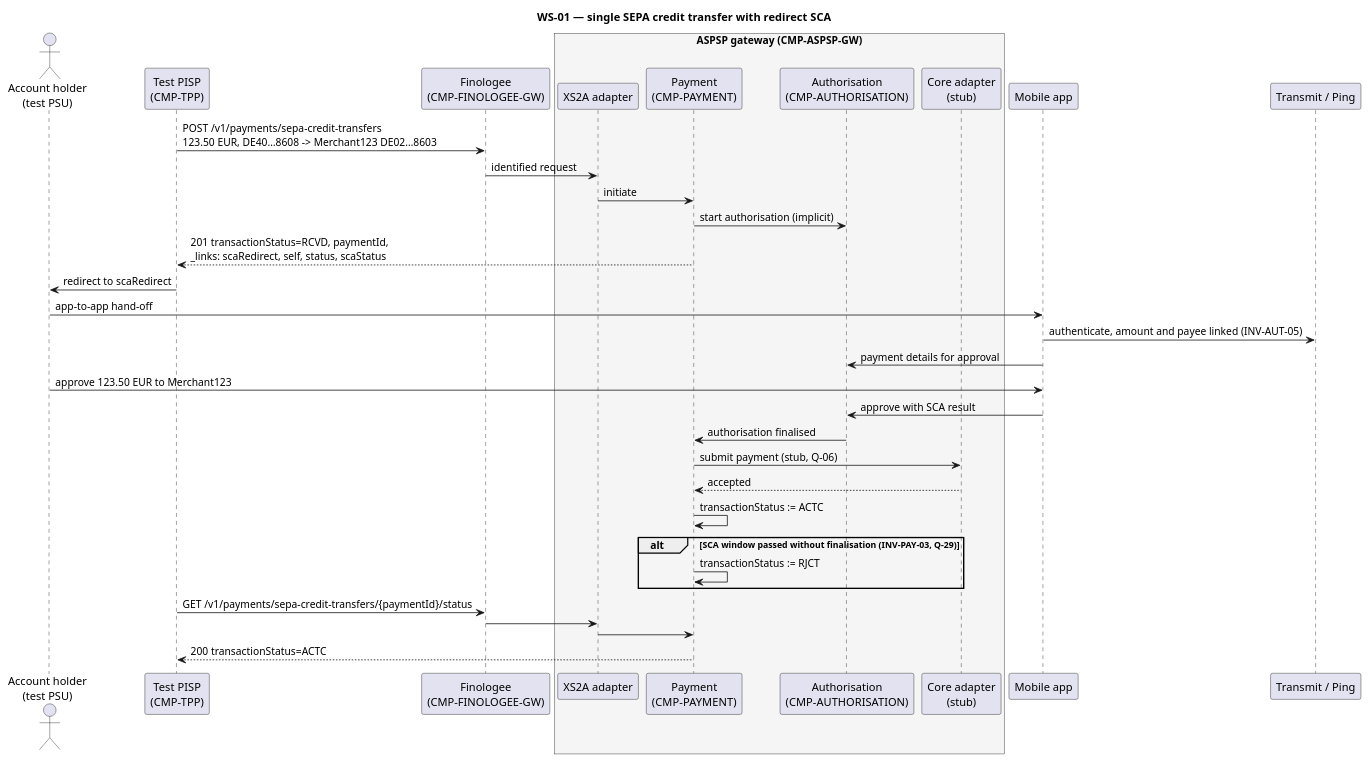
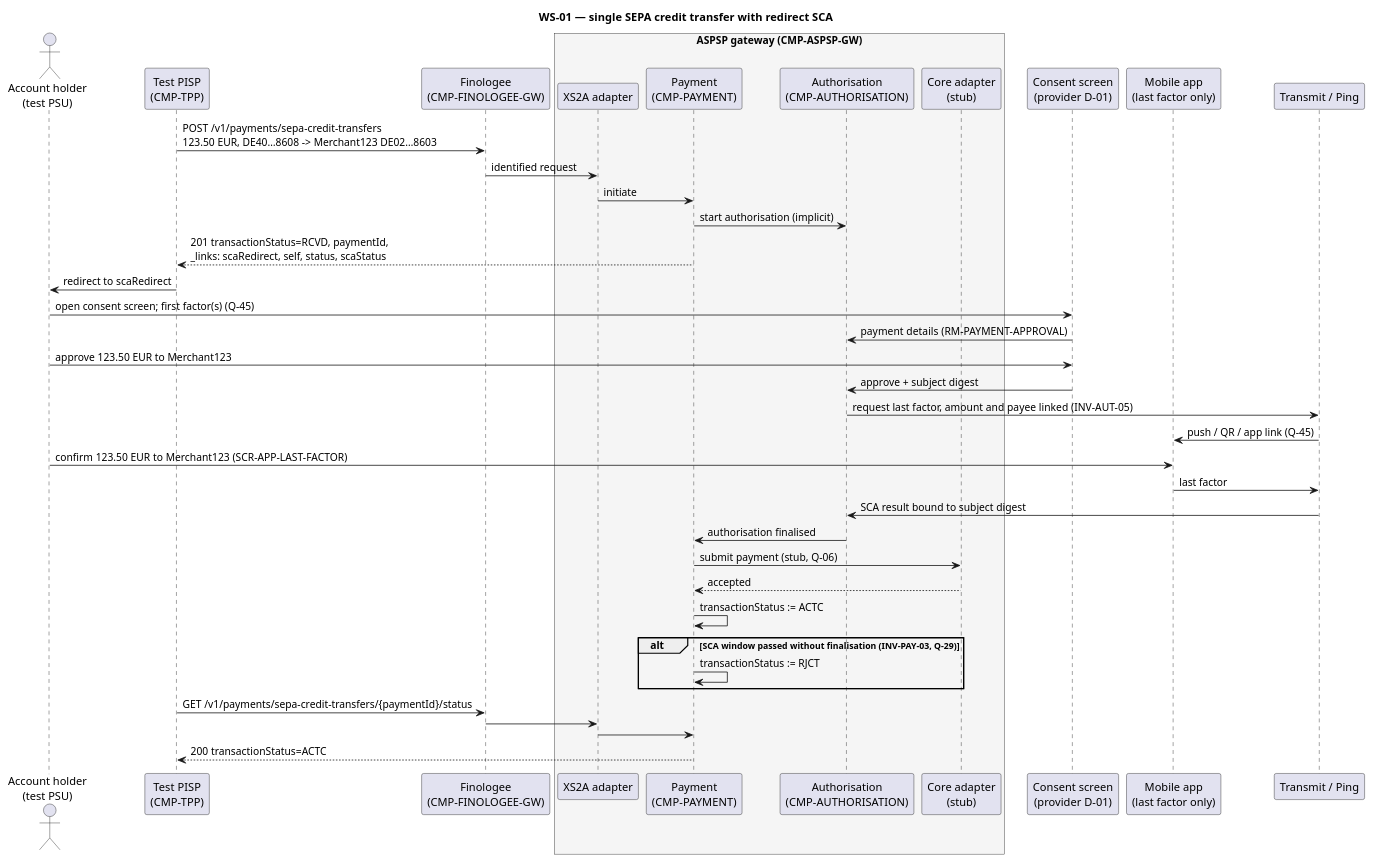
Before and after one commit to vondacho/psd2-sandbox: the diagram in docs/system/uml/sequence/ws-01-pis-sct-redirect.puml, drawn with PlantUML. The commit also changed 32 other files, not shown here.

First line of the commit message:
Realign proposal with ADR revision: consent screen, app as last factor

```diff
--- a/docs/system/uml/sequence/ws-01-pis-sct-redirect.puml
+++ b/docs/system/uml/sequence/ws-01-pis-sct-redirect.puml
@@ -1,44 +1,51 @@
 @startuml ws-01-pis-sct-redirect
 ' WS-01 walking-skeleton path, PIS part; reused unchanged by MVP-01. PROPOSAL, AI, 2026-09-19.
 ' Stories: STORY-PIS-INITIATE-SCT, STORY-PIS-SCA-REDIRECT-APP, STORY-PIS-STATUS.
 ' Redirect, implicit start (SRC-IG §5.1.3). VoP not shown (Q-16).
+' Iteration 3 (SRC-ADR 87c72b8): payment approval assumed on the consent screen (Q-46); the mobile
+' app carries only the last factor and shows amount and payee (dynamic linking, Q-46).
 title WS-01 — single SEPA credit transfer with redirect SCA
 
 actor "Account holder\n(test PSU)" as PSU
 participant "Test PISP\n(CMP-TPP)" as TPP
 participant "Finologee\n(CMP-FINOLOGEE-GW)" as FIN
 box "ASPSP gateway (CMP-ASPSP-GW)" #F5F5F5
   participant "XS2A adapter" as ADP
   participant "Payment\n(CMP-PAYMENT)" as PAY
   participant "Authorisation\n(CMP-AUTHORISATION)" as AUT
   participant "Core adapter\n(stub)" as CORE
 end box
-participant "Mobile app" as APP
+participant "Consent screen\n(provider D-01)" as CS
+participant "Mobile app\n(last factor only)" as APP
 participant "Transmit / Ping" as IAM
 
 TPP -> FIN : POST /v1/payments/sepa-credit-transfers\n123.50 EUR, DE40…8608 -> Merchant123 DE02…8603
 FIN -> ADP : identified request
 ADP -> PAY : initiate
 PAY -> AUT : start authorisation (implicit)
 PAY --> TPP : 201 transactionStatus=RCVD, paymentId,\n_links: scaRedirect, self, status, scaStatus
 
 TPP -> PSU : redirect to scaRedirect
-PSU -> APP : app-to-app hand-off
-APP -> IAM : authenticate, amount and payee linked (INV-AUT-05)
-APP -> AUT : payment details for approval
-PSU -> APP : approve 123.50 EUR to Merchant123
-APP -> AUT : approve with SCA result
+PSU -> CS : open consent screen; first factor(s) (Q-45)
+CS -> AUT : payment details (RM-PAYMENT-APPROVAL)
+PSU -> CS : approve 123.50 EUR to Merchant123
+CS -> AUT : approve + subject digest
+AUT -> IAM : request last factor, amount and payee linked (INV-AUT-05)
+IAM -> APP : push / QR / app link (Q-45)
+PSU -> APP : confirm 123.50 EUR to Merchant123 (SCR-APP-LAST-FACTOR)
+APP -> IAM : last factor
+IAM -> AUT : SCA result bound to subject digest
 AUT -> PAY : authorisation finalised
 PAY -> CORE : submit payment (stub, Q-06)
 CORE --> PAY : accepted
 PAY -> PAY : transactionStatus := ACTC
 
 alt SCA window passed without finalisation (INV-PAY-03, Q-29)
   PAY -> PAY : transactionStatus := RJCT
 end
 
 TPP -> FIN : GET /v1/payments/sepa-credit-transfers/{paymentId}/status
 FIN -> ADP
 ADP -> PAY
 PAY --> TPP : 200 transactionStatus=ACTC
 @enduml
```
